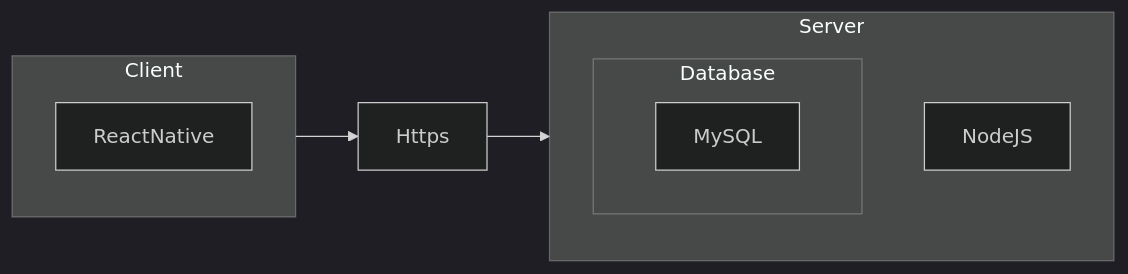
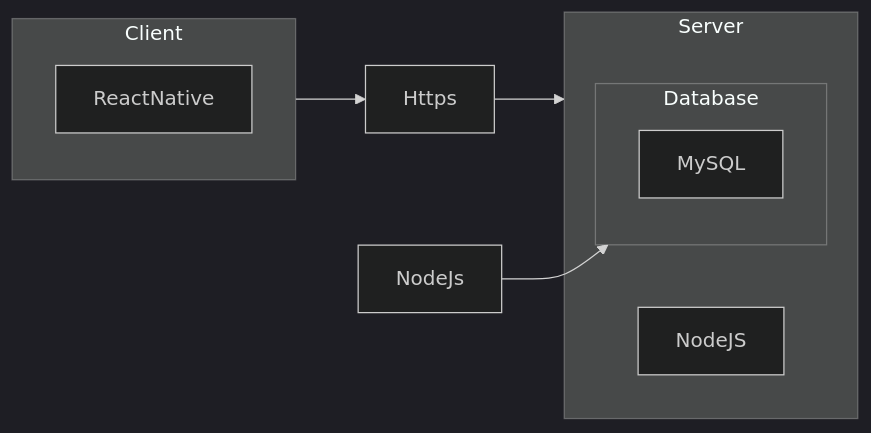
The second of 2 diagrams in job interview.MD (fahrizap/Kodein), drawn with Mermaid (dark theme) before and after one commit.

Commit message:
Update job interview.MD

````diff
--- a/job interview.MD
+++ b/job interview.MD
@@ -118,15 +118,16 @@
 ```mermaid
 flowchart LR
   subgraph Client
   ReactNative
   end
   subgraph Server
   NodeJS
     subgraph Database
     MySQL
     end
   end
   Client --> Https --> Server
+  NodeJs --> Database
 
   
 ```
````
